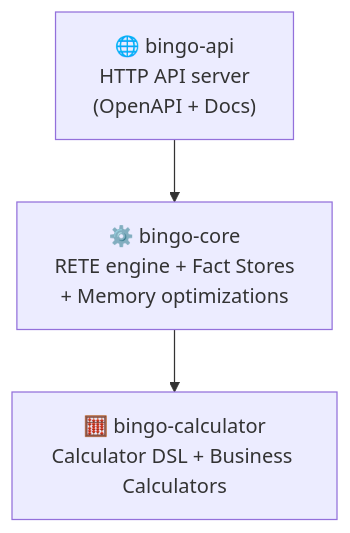
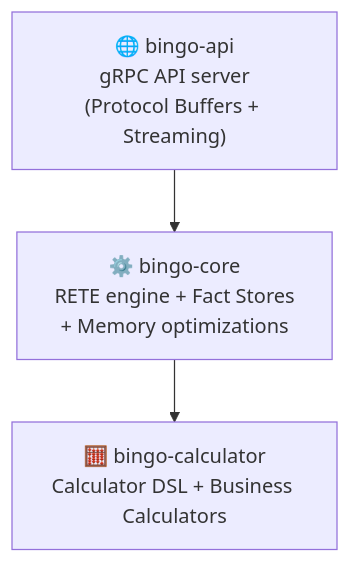
One commit to hl/bingo changed the diagram in README.md. Above: the diagram before and after it, drawn with Mermaid. The commit also changed other lines of this file and 3 other files, not shown here.

First line of the commit message:
docs: update documentation to reflect gRPC API transition

````diff
--- a/README.md
+++ b/README.md
@@ -51,5 +51,5 @@
 ```mermaid
 graph TD
-    A["🌐 bingo-api<br/>HTTP API server<br/>(OpenAPI + Docs)"] --> B["⚙️ bingo-core<br/>RETE engine + Fact Stores<br/>+ Memory optimizations"]
+    A["🌐 bingo-api<br/>gRPC API server<br/>(Protocol Buffers + Streaming)"] --> B["⚙️ bingo-core<br/>RETE engine + Fact Stores<br/>+ Memory optimizations"]
     B --> C["🧮 bingo-calculator<br/>Calculator DSL + Business Calculators"]
 ```
````
